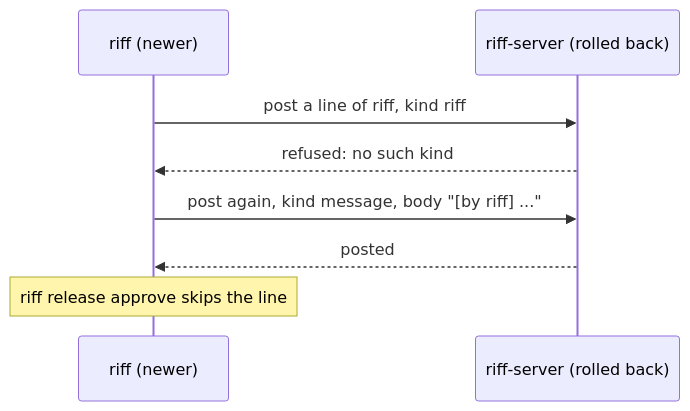
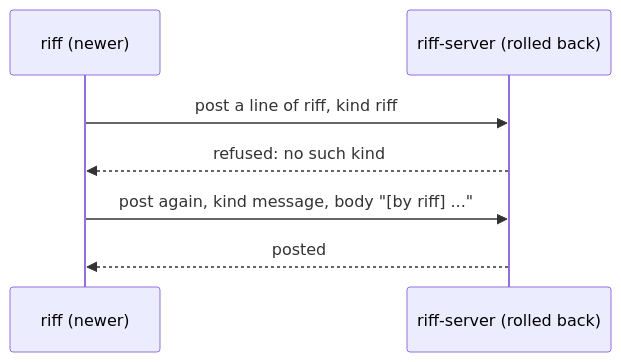
Before and after one commit to como-technologies/riff: the fourth of 4 diagrams in docs/src/design-storage.md, drawn with Mermaid. The commit also changed other lines of this file and 5 other files, not shown here.

````diff
--- a/docs/src/design-storage.md
+++ b/docs/src/design-storage.md
@@ -522,10 +521,9 @@
 ```mermaid
 sequenceDiagram
     participant R as riff (newer)
     participant S as riff-server (rolled back)
     R->>S: post a line of riff, kind riff
     S-->>R: refused: no such kind
     R->>S: post again, kind message, body "[by riff] ..."
     S-->>R: posted
-    Note over R: riff release approve skips the line
 ```
````
